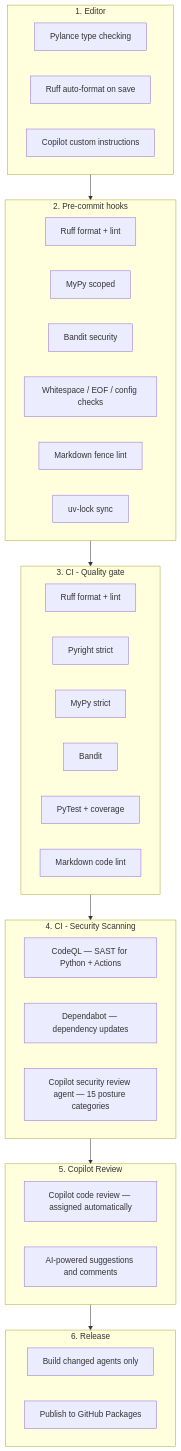
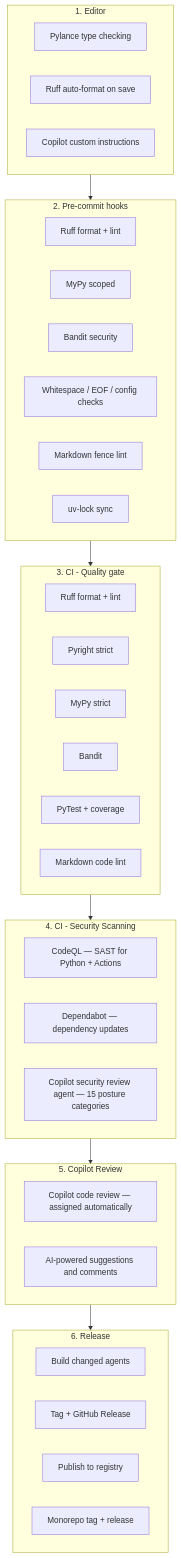
Before and after one commit to pmalarme/python-agent-template: the first of 9 diagrams in README.md, drawn with Mermaid. The commit also changed other lines of this file and 10 other files, not shown here.

````diff
--- a/README.md
+++ b/README.md
@@ -15,54 +15,56 @@
 ```mermaid
 flowchart TB
     subgraph L1["1. Editor"]
         direction LR
         E1[Pylance type checking]
         E2[Ruff auto-format on save]
         E3[Copilot custom instructions]
     end
 
     subgraph L2["2. Pre-commit hooks"]
         direction LR
         H1[Ruff format + lint]
         H2[MyPy scoped]
         H3[Bandit security]
         H4[Whitespace / EOF / config checks]
         H5[Markdown fence lint]
         H6[uv-lock sync]
     end
 
     subgraph L3["3. CI -  Quality gate"]
         direction LR
         C1["Ruff format + lint"]
         C2[Pyright strict]
         C3[MyPy strict]
         C4[Bandit]
         C5[PyTest + coverage]
         C6[Markdown code lint]
     end
 
     subgraph L4["4. CI - Security Scanning"]
         direction LR
         S1[CodeQL — SAST for Python + Actions]
         S2[Dependabot — dependency updates]
         S3[Copilot security review agent — 15 posture categories]
     end
 
     subgraph L5["5. Copilot Review"]
         direction LR
         CR1[Copilot code review — assigned automatically]
         CR2[AI-powered suggestions and comments]
     end
 
     subgraph L6["6. Release"]
         direction LR
-        R1[Build changed agents only]
-        R2[Publish to GitHub Packages]
+        R1[Build changed agents]
+        R2[Tag + GitHub Release]
+        R3[Publish to registry]
+        R4[Monorepo tag + release]
     end
 
     L1 --> L2
     L2 --> L3
     L3 --> L4
     L4 --> L5
     L5 --> L6
 ```
````
